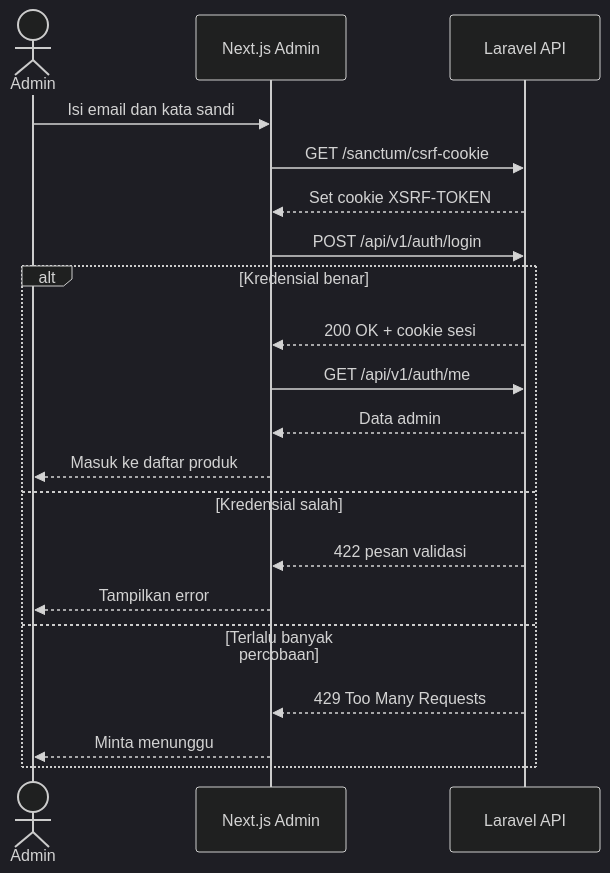
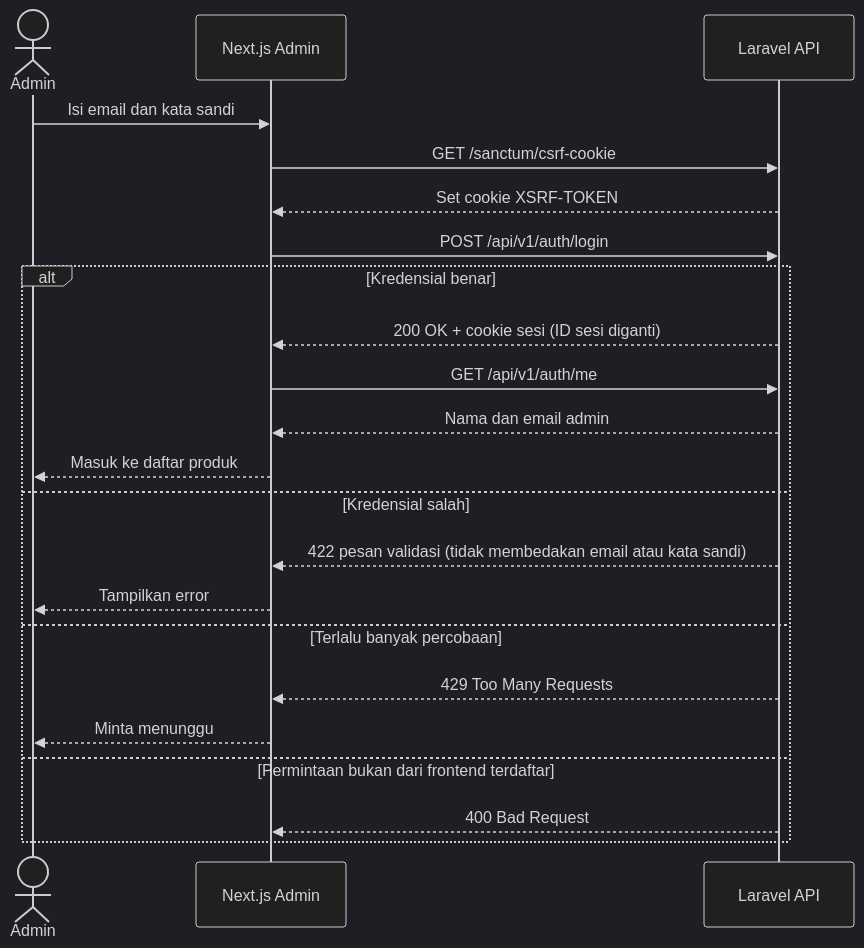
Before and after one commit to hilptra/pakelagi-api: the fifth of 9 diagrams in docs/userflow.md, drawn with Mermaid (dark theme). The commit also changed other lines of this file and 2 other files, not shown here.

````diff
--- a/docs/userflow.md
+++ b/docs/userflow.md
@@ -105,23 +129,25 @@
 ```mermaid
 sequenceDiagram
     actor Admin
     participant FE as Next.js Admin
     participant API as Laravel API
 
     Admin->>FE: Isi email dan kata sandi
     FE->>API: GET /sanctum/csrf-cookie
     API-->>FE: Set cookie XSRF-TOKEN
     FE->>API: POST /api/v1/auth/login
     alt Kredensial benar
-        API-->>FE: 200 OK + cookie sesi
+        API-->>FE: 200 OK + cookie sesi (ID sesi diganti)
         FE->>API: GET /api/v1/auth/me
-        API-->>FE: Data admin
+        API-->>FE: Nama dan email admin
         FE-->>Admin: Masuk ke daftar produk
     else Kredensial salah
-        API-->>FE: 422 pesan validasi
+        API-->>FE: 422 pesan validasi (tidak membedakan email atau kata sandi)
         FE-->>Admin: Tampilkan error
     else Terlalu banyak percobaan
         API-->>FE: 429 Too Many Requests
         FE-->>Admin: Minta menunggu
+    else Permintaan bukan dari frontend terdaftar
+        API-->>FE: 400 Bad Request
     end
 ```
````
